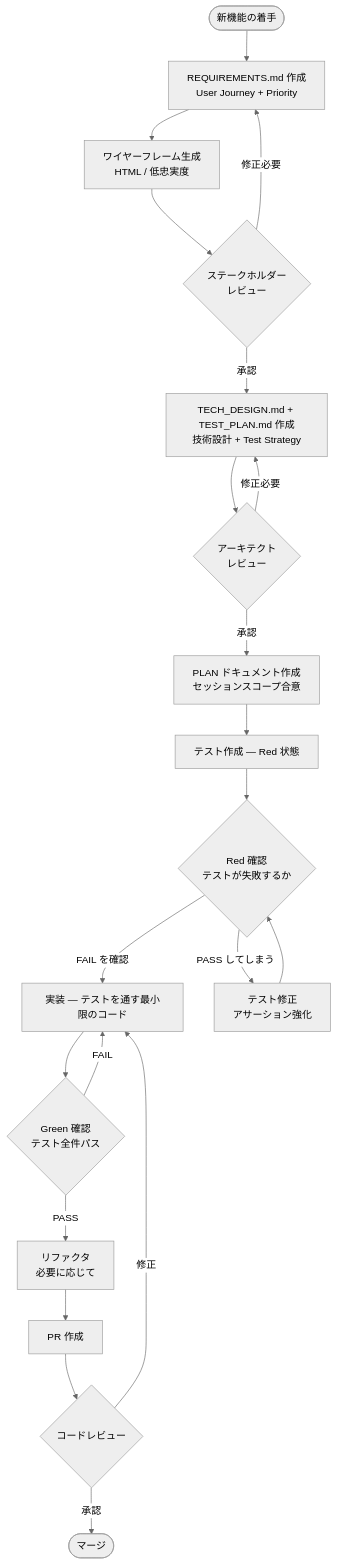
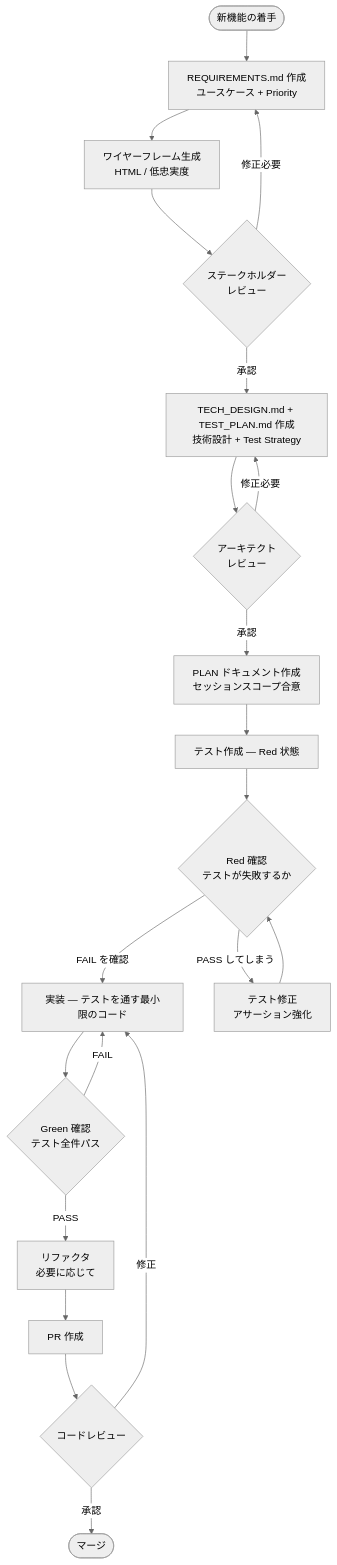
The second of 5 diagrams in packages/core/docs/stdd-methodology.md (careerchain-ys/stdd), drawn with Mermaid (neutral theme) before and after one commit. The commit also changed other lines of this file and 44 other files, not shown here.

````diff
--- a/packages/core/docs/stdd-methodology.md
+++ b/packages/core/docs/stdd-methodology.md
@@ -153,39 +153,39 @@
 ```mermaid
 flowchart TD
     Start([新機能の着手])
-    Req[REQUIREMENTS.md 作成<br/>User Journey + Priority]
+    Req[REQUIREMENTS.md 作成<br/>ユースケース + Priority]
     WF[ワイヤーフレーム生成<br/>HTML / 低忠実度]
     StakeholderReview{ステークホルダー<br/>レビュー}
     Tech[TECH_DESIGN.md + TEST_PLAN.md 作成<br/>技術設計 + Test Strategy]
     ArchReview{アーキテクト<br/>レビュー}
     Plan[PLAN ドキュメント作成<br/>セッションスコープ合意]
     Red[テスト作成 — Red 状態]
     RedCheck{Red 確認<br/>テストが失敗するか}
     Green[実装 — テストを通す最小限のコード]
     GreenCheck{Green 確認<br/>テスト全件パス}
     Refactor["リファクタ<br/>必要に応じて"]
     PR[PR 作成]
     CodeReview{コードレビュー}
     Merge([マージ])
 
     Start --> Req
     Req --> WF
     WF --> StakeholderReview
     StakeholderReview -- 修正必要 --> Req
     StakeholderReview -- 承認 --> Tech
     Tech --> ArchReview
     ArchReview -- 修正必要 --> Tech
     ArchReview -- 承認 --> Plan
     Plan --> Red
     Red --> RedCheck
     RedCheck -- PASS してしまう --> RedFix[テスト修正<br/>アサーション強化]
     RedFix --> RedCheck
     RedCheck -- FAIL を確認 --> Green
     Green --> GreenCheck
     GreenCheck -- FAIL --> Green
     GreenCheck -- PASS --> Refactor
     Refactor --> PR
     PR --> CodeReview
     CodeReview -- 修正 --> Green
     CodeReview -- 承認 --> Merge
 ```
````
